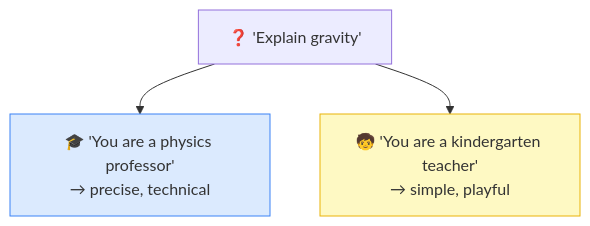
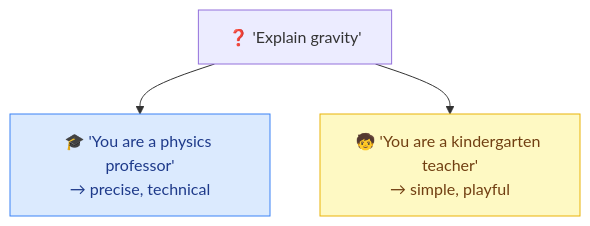
Before and after one commit to behnia137/prompt-engineering-visual: the diagram in techniques/role-prompting.md, drawn with Mermaid. The commit also changed 24 other files, not shown here.

First line of the commit message:
Fix Mermaid: escaped-quote parse errors + dark-mode text contrast

````diff
--- a/techniques/role-prompting.md
+++ b/techniques/role-prompting.md
@@ -7,8 +7,8 @@
 ```mermaid
 flowchart TB
     Q["❓ 'Explain gravity'"]
     Q --> A["🎓 'You are a physics professor'<br/>→ precise, technical"]
     Q --> B["🧒 'You are a kindergarten teacher'<br/>→ simple, playful"]
-    style A fill:#dbeafe,stroke:#3b82f6
-    style B fill:#fef9c3,stroke:#eab308
+    style A fill:#dbeafe,stroke:#3b82f6,color:#1e3a8a
+    style B fill:#fef9c3,stroke:#eab308,color:#713f12
 ```
````
